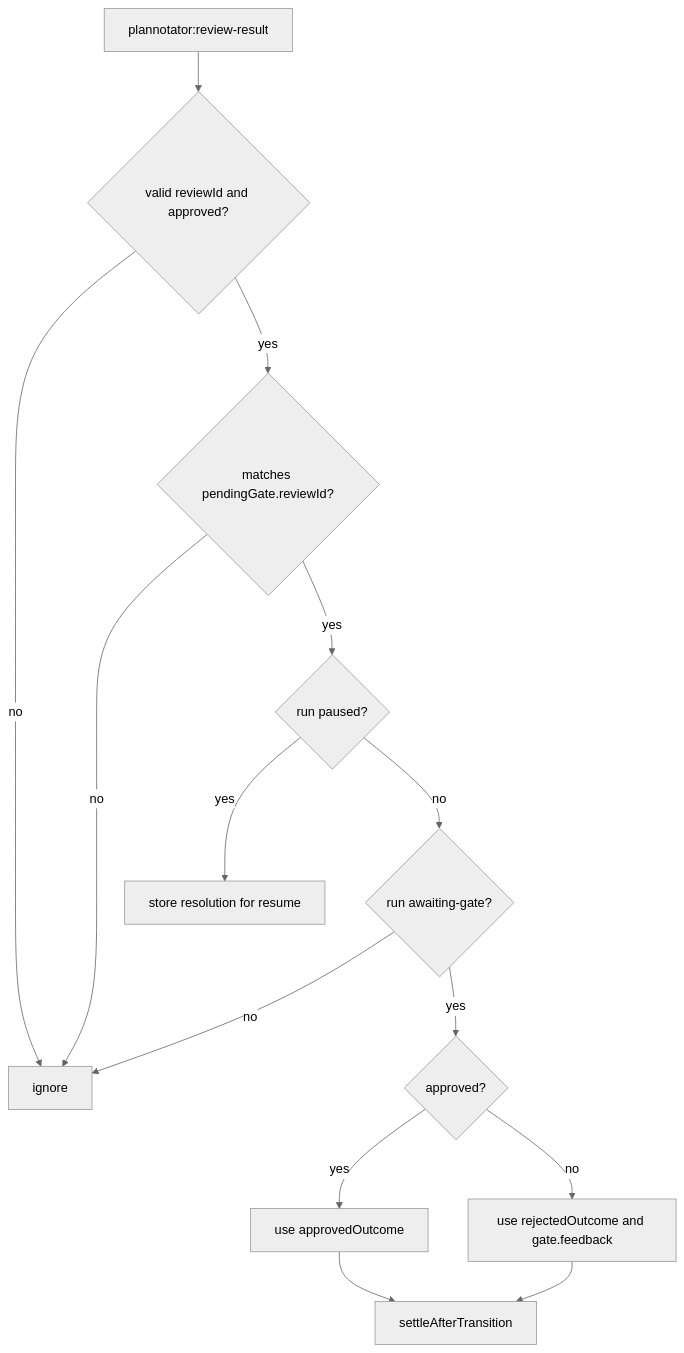
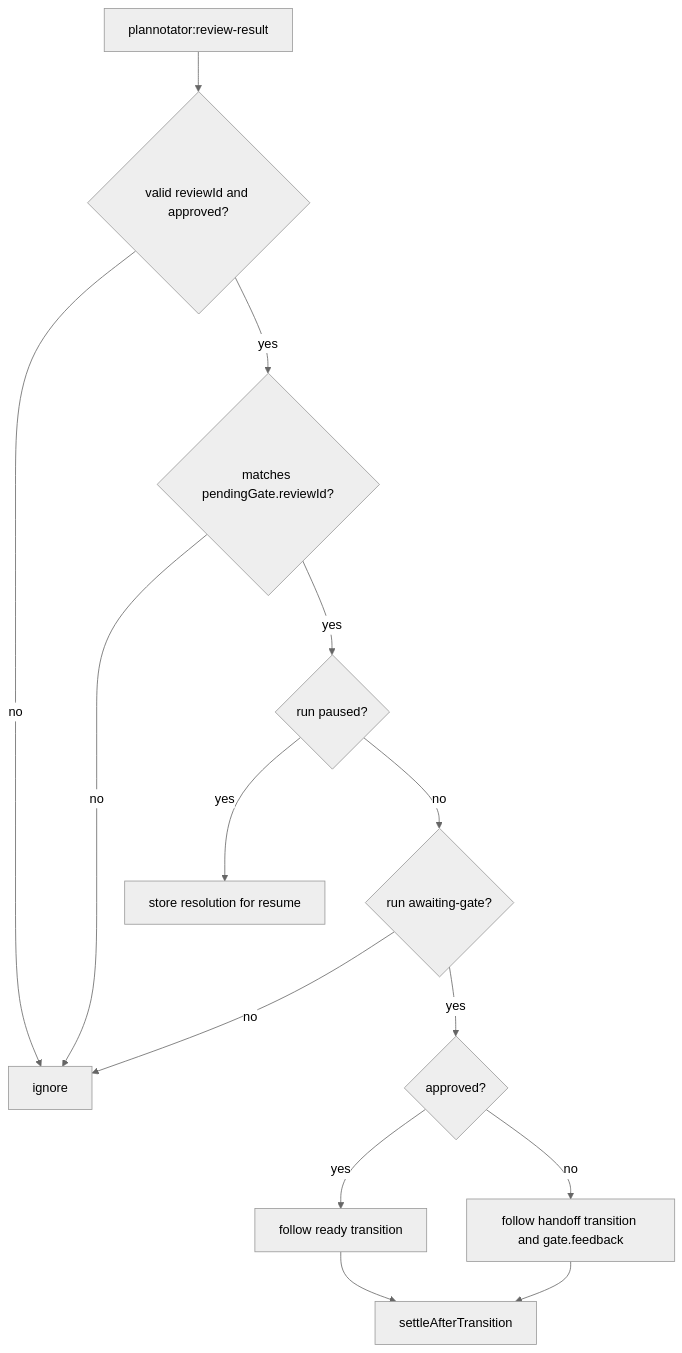
The fourth of 6 diagrams in openwiki/integrations/plannotator.md (wichayutdew/pi-workflows), drawn with Mermaid (neutral theme) before and after one commit. The commit also changed other lines of this file and 103 other files, not shown here.

````diff
--- a/openwiki/integrations/plannotator.md
+++ b/openwiki/integrations/plannotator.md
@@ -65,16 +61,16 @@
 ```mermaid
 flowchart TD
   Event[plannotator:review-result] --> Parse{valid reviewId and approved?}
   Parse -- no --> Ignore[ignore]
   Parse -- yes --> Match{matches pendingGate.reviewId?}
   Match -- no --> Ignore
   Match -- yes --> Paused{run paused?}
   Paused -- yes --> Store[store resolution for resume]
   Paused -- no --> Awaiting{run awaiting-gate?}
   Awaiting -- no --> Ignore
   Awaiting -- yes --> Approved{approved?}
-  Approved -- yes --> ApprovedTransition[use approvedOutcome]
-  Approved -- no --> RejectedTransition[use rejectedOutcome and gate.feedback]
+  Approved -- yes --> ApprovedTransition[follow ready transition]
+  Approved -- no --> RejectedTransition[follow handoff transition and gate.feedback]
   ApprovedTransition --> Settle[settleAfterTransition]
   RejectedTransition --> Settle
 ```
````
